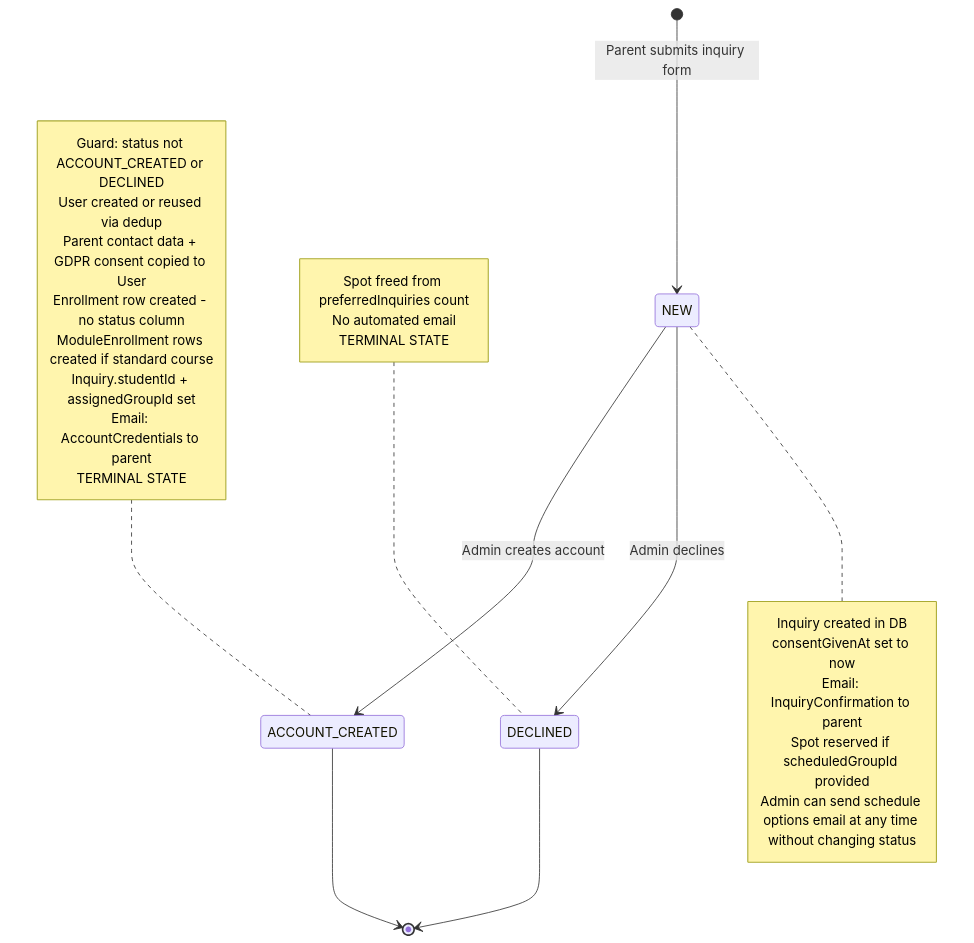
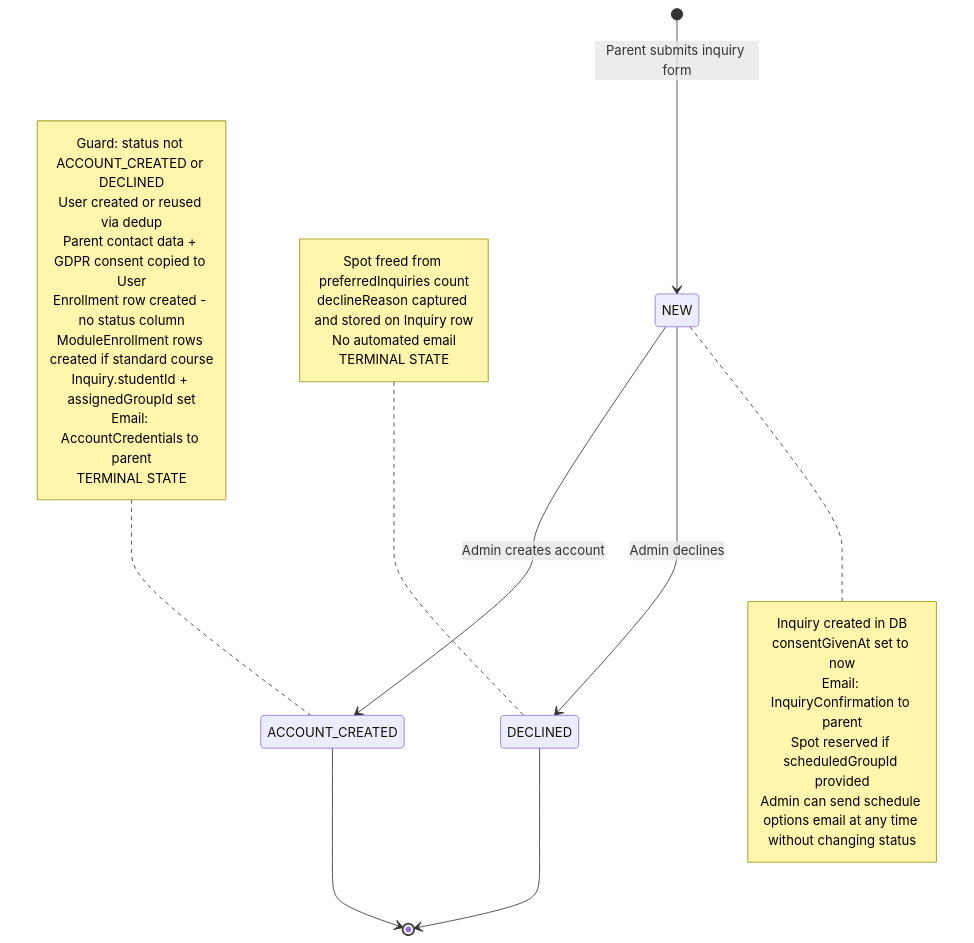
The diagram in docs/diagrams/state-machine.md (jpucic00/inovatic), drawn with Mermaid before and after one commit. The commit also changed other lines of this file and 1 other file, not shown here.

First line of the commit message:
Document SchoolYear + Inquiry.declineReason in ERD and state diagrams

````diff
--- a/docs/diagrams/state-machine.md
+++ b/docs/diagrams/state-machine.md
@@ -5,35 +5,36 @@
 ```mermaid
 stateDiagram-v2
     [*] --> NEW: Parent submits inquiry form
 
     NEW --> ACCOUNT_CREATED: Admin creates account
     NEW --> DECLINED: Admin declines
 
     ACCOUNT_CREATED --> [*]
     DECLINED --> [*]
 
     note right of NEW
         Inquiry created in DB
         consentGivenAt set to now
         Email: InquiryConfirmation to parent
         Spot reserved if scheduledGroupId provided
         Admin can send schedule options email at any time without changing status
     end note
 
     note left of ACCOUNT_CREATED
         Guard: status not ACCOUNT_CREATED or DECLINED
         User created or reused via dedup
         Parent contact data + GDPR consent copied to User
         Enrollment row created - no status column
         ModuleEnrollment rows created if standard course
         Inquiry.studentId + assignedGroupId set
         Email: AccountCredentials to parent
         TERMINAL STATE
     end note
 
     note left of DECLINED
         Spot freed from preferredInquiries count
+        declineReason captured and stored on Inquiry row
         No automated email
         TERMINAL STATE
     end note
 ```
````
